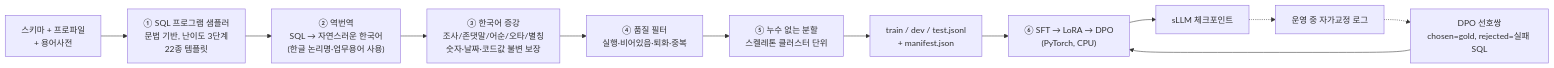
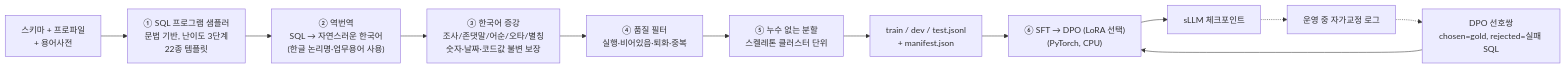
Before and after one commit to sokldjs554/aegis-sql: the diagram in docs/FLYWHEEL.md, drawn with Mermaid. The commit also changed other lines of this file and 9 other files, not shown here.

````diff
--- a/docs/FLYWHEEL.md
+++ b/docs/FLYWHEEL.md
@@ -13,14 +13,14 @@
 ```mermaid
 flowchart LR
     S["스키마 + 프로파일<br/>+ 용어사전"] --> A
     A["① SQL 프로그램 샘플러<br/>문법 기반, 난이도 3단계<br/>22종 템플릿"] --> B
     B["② 역번역<br/>SQL → 자연스러운 한국어<br/>(한글 논리명·업무용어 사용)"] --> C
     C["③ 한국어 증강<br/>조사/존댓말/어순/오타/별칭<br/>숫자·날짜·코드값 불변 보장"] --> D
     D["④ 품질 필터<br/>실행·비어있음·퇴화·중복"] --> E
     E["⑤ 누수 없는 분할<br/>스켈레톤 클러스터 단위"] --> F
     F["train / dev / test.jsonl<br/>+ manifest.json"] --> G
-    G["⑥ SFT → LoRA → DPO<br/>(PyTorch, CPU)"] --> H["sLLM 체크포인트"]
+    G["⑥ SFT → DPO (LoRA 선택)<br/>(PyTorch, CPU)"] --> H["sLLM 체크포인트"]
     H -.-> I["운영 중 자가교정 로그"]
     I -.-> J["DPO 선호쌍<br/>chosen=gold, rejected=실패 SQL"]
     J --> G
 ```
````
